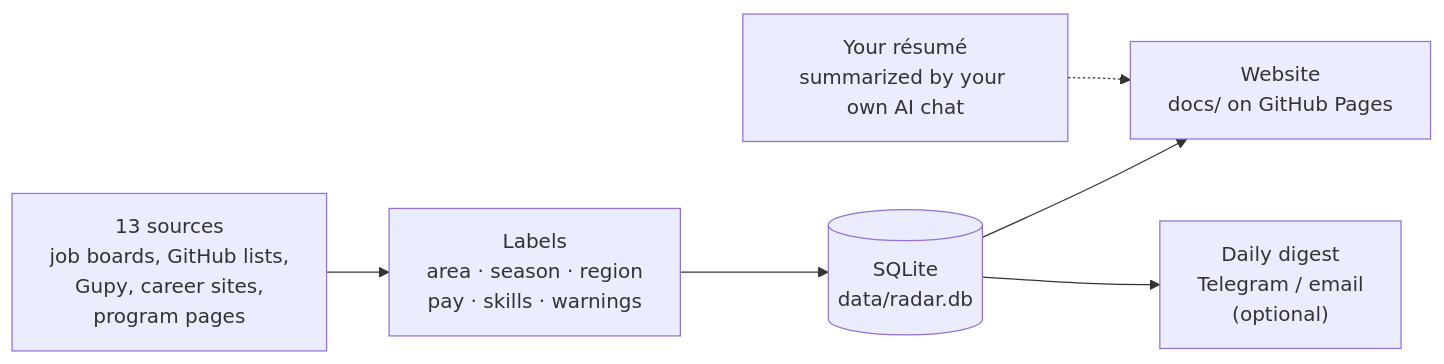
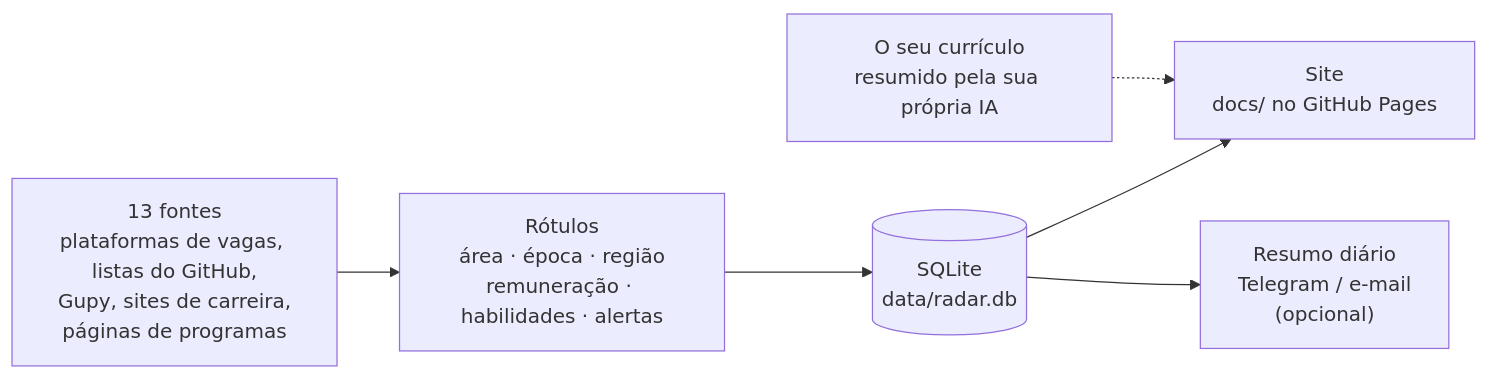
The diagram in README.md (PedroCamargoLINCE/opportunity-radar), drawn with Mermaid before and after one commit. The commit also changed other lines of this file and 31 other files, not shown here.

````diff
--- a/README.md
+++ b/README.md
@@ -76,8 +95,8 @@
 ```mermaid
 flowchart LR
-    A["13 sources<br/>job boards, GitHub lists,<br/>Gupy, career sites,<br/>program pages"] --> B["Labels<br/>area · season · region<br/>pay · skills · warnings"]
+    A["13 fontes<br/>plataformas de vagas, listas do GitHub,<br/>Gupy, sites de carreira,<br/>páginas de programas"] --> B["Rótulos<br/>área · época · região<br/>remuneração · habilidades · alertas"]
     B --> C[("SQLite<br/>data/radar.db")]
-    R["Your résumé<br/>summarized by your own AI chat"] -.-> D
-    C --> D["Website<br/>docs/ on GitHub Pages"]
-    C --> E["Daily digest<br/>Telegram / email<br/>(optional)"]
+    R["O seu currículo<br/>resumido pela sua própria IA"] -.-> D
+    C --> D["Site<br/>docs/ no GitHub Pages"]
+    C --> E["Resumo diário<br/>Telegram / e-mail<br/>(opcional)"]
 ```
````
